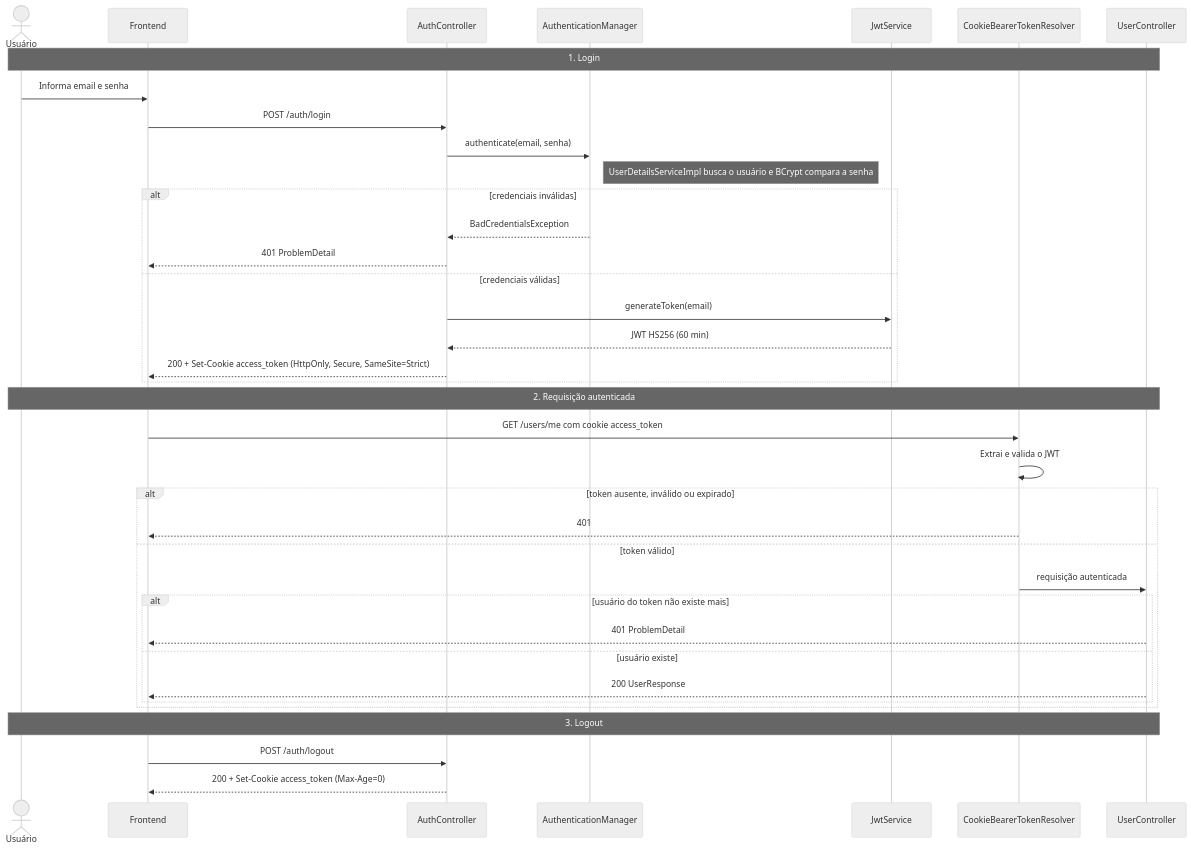
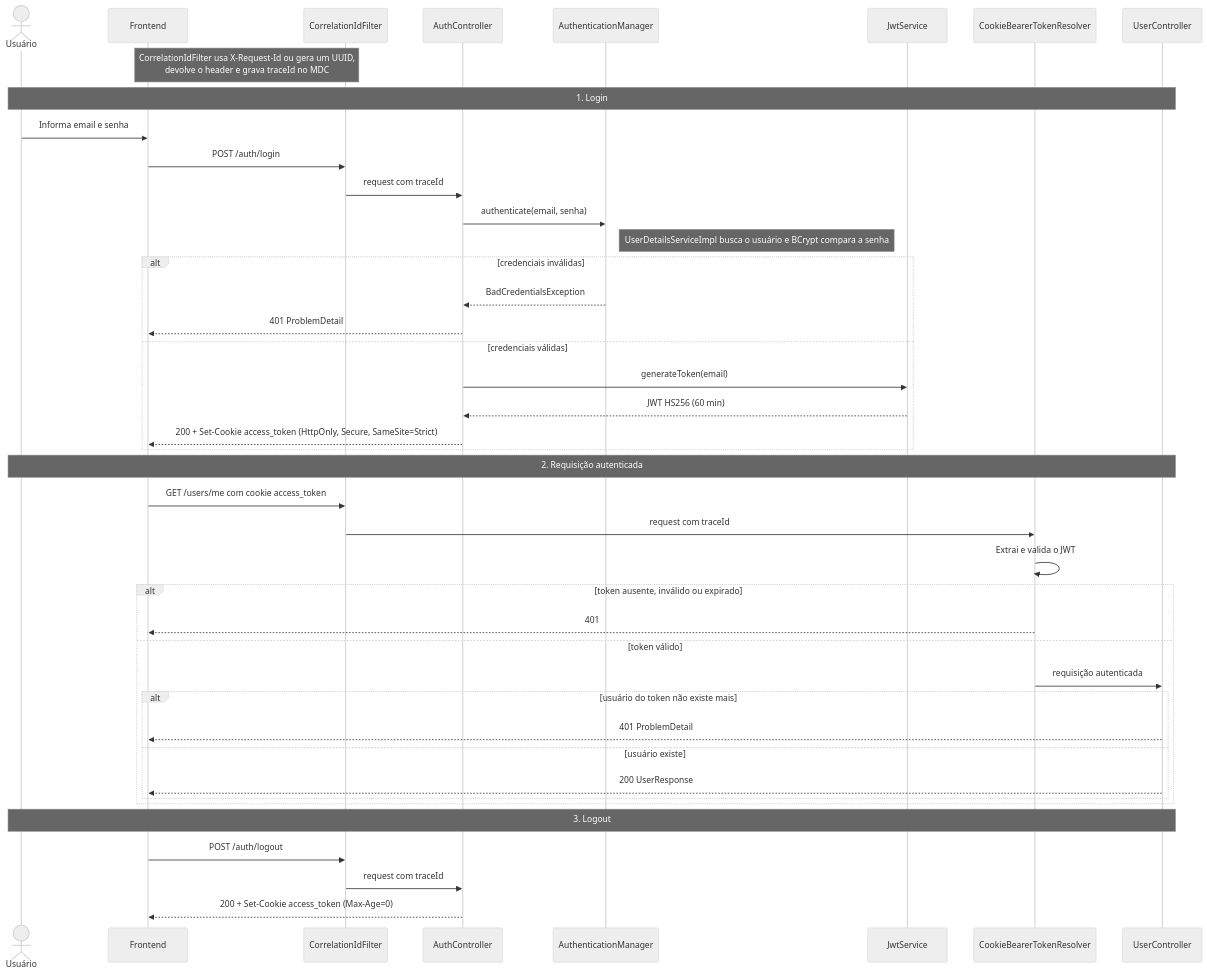
Before and after one commit to nomevini/opengrana: the diagram in docs/flows/authentication.md, drawn with Mermaid (neutral theme). The commit also changed other lines of this file and 53 other files, not shown here.

````diff
--- a/docs/flows/authentication.md
+++ b/docs/flows/authentication.md
@@ -5,42 +5,48 @@
 ```mermaid
 sequenceDiagram
     actor U as Usuário
     participant F as Frontend
+    participant CIF as CorrelationIdFilter
     participant AC as AuthController
     participant AM as AuthenticationManager
     participant J as JwtService
     participant R as CookieBearerTokenResolver
     participant UC as UserController
 
+    Note over F,CIF: CorrelationIdFilter usa X-Request-Id ou gera um UUID,<br/>devolve o header e grava traceId no MDC
+
     Note over U,UC: 1. Login
     U->>F: Informa email e senha
-    F->>AC: POST /auth/login
+    F->>CIF: POST /auth/login
+    CIF->>AC: request com traceId
     AC->>AM: authenticate(email, senha)
     Note right of AM: UserDetailsServiceImpl busca o usuário e BCrypt compara a senha
     alt credenciais inválidas
         AM-->>AC: BadCredentialsException
         AC-->>F: 401 ProblemDetail
     else credenciais válidas
         AC->>J: generateToken(email)
         J-->>AC: JWT HS256 (60 min)
         AC-->>F: 200 + Set-Cookie access_token (HttpOnly, Secure, SameSite=Strict)
     end
 
     Note over U,UC: 2. Requisição autenticada
-    F->>R: GET /users/me com cookie access_token
+    F->>CIF: GET /users/me com cookie access_token
+    CIF->>R: request com traceId
     R->>R: Extrai e valida o JWT
     alt token ausente, inválido ou expirado
         R-->>F: 401
     else token válido
         R->>UC: requisição autenticada
         alt usuário do token não existe mais
             UC-->>F: 401 ProblemDetail
         else usuário existe
             UC-->>F: 200 UserResponse
         end
     end
 
     Note over U,UC: 3. Logout
-    F->>AC: POST /auth/logout
+    F->>CIF: POST /auth/logout
+    CIF->>AC: request com traceId
     AC-->>F: 200 + Set-Cookie access_token (Max-Age=0)
 ```
````
